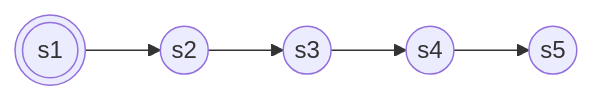
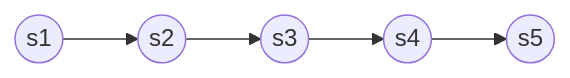
One commit to dotcontract/www-dotcontract-org changed the first of 3 diagrams in app/pages/docs/modality/fixed-point-operators/index.md. Above: the diagram before and after it, drawn with Mermaid. The commit also changed other lines of this file and 3 other files, not shown here.

````diff
--- a/app/pages/docs/modality/fixed-point-operators/index.md
+++ b/app/pages/docs/modality/fixed-point-operators/index.md
@@ -14,7 +14,7 @@
 ```mermaid
 flowchart LR
-    s1(((s1))) -->| | s2((s2))
+    s1((s1)) -->| | s2((s2))
     s2((s2)) -->| | s3((s3))
     s3((s3)) -->| | s4((s4))
     s4((s4)) -->| | s5((s5))
 ```
````
